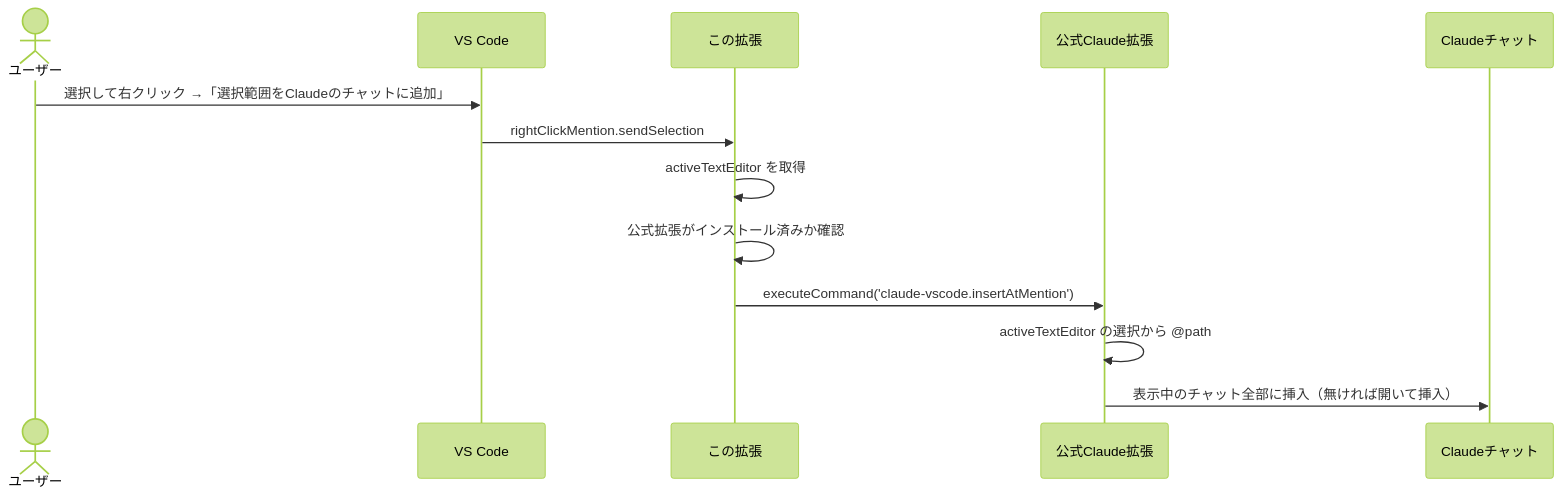
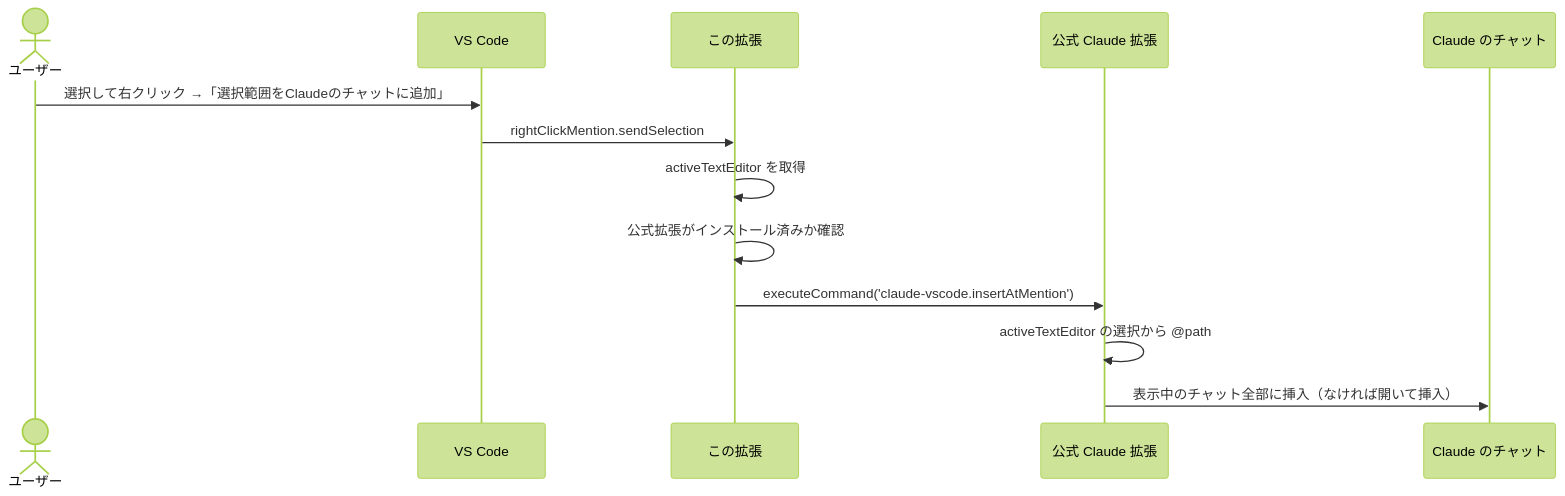
One commit to kip2/refs-to-chat changed the fourth of 7 diagrams in docs/ARCHITECTURE.md. Above: the diagram before and after it, drawn with Mermaid (forest theme). The commit also changed other lines of this file and 17 other files, not shown here.

````diff
--- a/docs/ARCHITECTURE.md
+++ b/docs/ARCHITECTURE.md
@@ -178,16 +186,16 @@
 ```mermaid
 sequenceDiagram
   actor U as ユーザー
   participant VS as VS Code
   participant E as この拡張
-  participant C as 公式Claude拡張
-  participant W as Claudeチャット
+  participant C as 公式 Claude 拡張
+  participant W as Claude のチャット
 
   U->>VS: 選択して右クリック →「選択範囲をClaudeのチャットに追加」
   VS->>E: rightClickMention.sendSelection
   E->>E: activeTextEditor を取得
   E->>E: 公式拡張がインストール済みか確認
   E->>C: executeCommand('claude-vscode.insertAtMention')
   C->>C: activeTextEditor の選択から @path#5-10 を作る
-  C->>W: 表示中のチャット全部に挿入（無ければ開いて挿入）
+  C->>W: 表示中のチャット全部に挿入（なければ開いて挿入）
 ```
````
